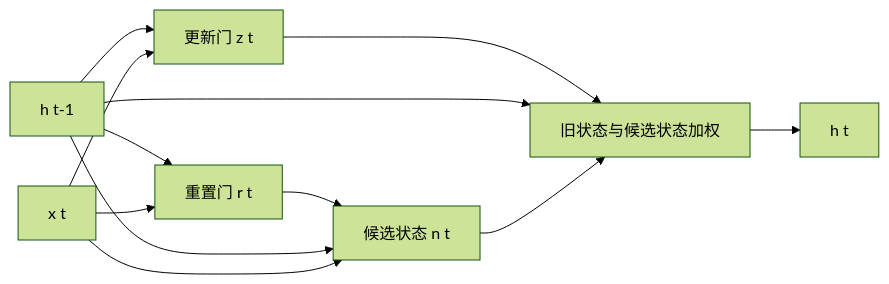
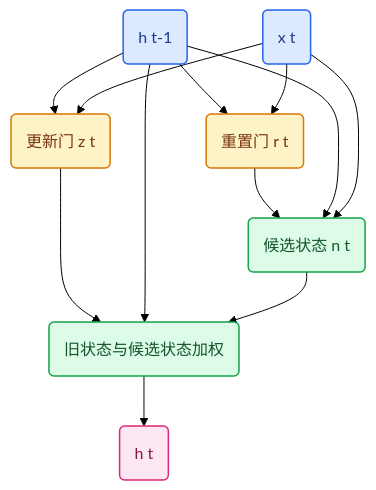
The diagram in docs/posts/AI基础/GRU门控循环单元原理与源码解读.md (XuelinHu/blogs), drawn with Mermaid (forest theme) before and after one commit. The commit also changed 10 other files, not shown here.

Commit message:
style: improve mermaid flowchart layout and colors

````diff
--- a/docs/posts/AI基础/GRU门控循环单元原理与源码解读.md
+++ b/docs/posts/AI基础/GRU门控循环单元原理与源码解读.md
@@ -45,14 +45,18 @@
 ```mermaid
-flowchart LR
-    HP[h t-1] --> R[重置门 r t]
-    X[x t] --> R
-    HP --> Z[更新门 z t]
+flowchart TB
+    classDef state fill:#dbeafe,stroke:#2563eb,color:#1e3a8a,stroke-width:1.5px
+    classDef gate fill:#fef3c7,stroke:#d97706,color:#78350f,stroke-width:1.5px
+    classDef candidate fill:#dcfce7,stroke:#16a34a,color:#14532d,stroke-width:1.5px
+    classDef output fill:#fce7f3,stroke:#db2777,color:#831843,stroke-width:1.5px
+    HP(h t-1):::state --> R(重置门 r t):::gate
+    X(x t):::state --> R
+    HP --> Z(更新门 z t):::gate
     X --> Z
-    R --> N[候选状态 n t]
+    R --> N(候选状态 n t):::candidate
     HP --> N
     X --> N
-    Z --> MIX[旧状态与候选状态加权]
+    Z --> MIX(旧状态与候选状态加权):::candidate
     HP --> MIX
     N --> MIX
-    MIX --> H[h t]
+    MIX --> H(h t):::output
 ```
````
